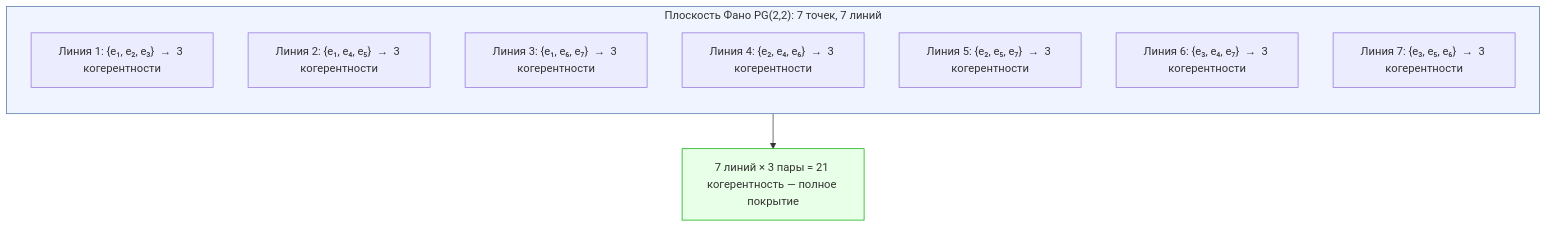
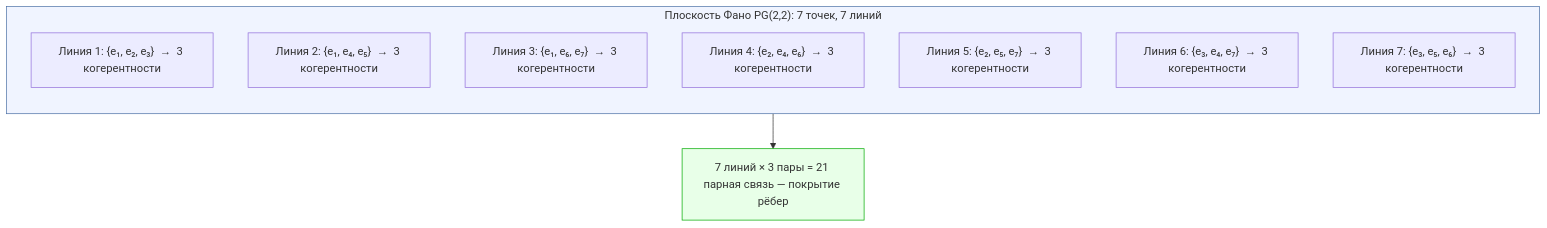
Before and after one commit to gst-st/uhm: the second of 2 diagrams in website/i18n/ru/docusaurus-plugin-content-docs/current/consciousness/phenomenology/qualia-structure.md, drawn with Mermaid. The commit also changed other lines of this file and 90 other files, not shown here.

````diff
--- a/website/i18n/ru/docusaurus-plugin-content-docs/current/consciousness/phenomenology/qualia-structure.md
+++ b/website/i18n/ru/docusaurus-plugin-content-docs/current/consciousness/phenomenology/qualia-structure.md
@@ -310,19 +198,19 @@
 ```mermaid
 graph TD
     subgraph Фано["Плоскость Фано PG(2,2): 7 точек, 7 линий"]
         direction TB
         T1["Линия 1: {e₁, e₂, e₃}  →  3 когерентности"]
         T2["Линия 2: {e₁, e₄, e₅}  →  3 когерентности"]
         T3["Линия 3: {e₁, e₆, e₇}  →  3 когерентности"]
         T4["Линия 4: {e₂, e₄, e₆}  →  3 когерентности"]
         T5["Линия 5: {e₂, e₅, e₇}  →  3 когерентности"]
         T6["Линия 6: {e₃, e₄, e₇}  →  3 когерентности"]
         T7["Линия 7: {e₃, e₅, e₆}  →  3 когерентности"]
     end
 
-    Total["7 линий × 3 пары = 21 когерентность — полное покрытие"]
+    Total["7 линий × 3 пары = 21 парная связь — покрытие рёбер"]
     Фано --> Total
 
     style Фано fill:#f0f4ff,stroke:#4a6fa5
     style Total fill:#e8ffe8,stroke:#00aa00
 ```
````
